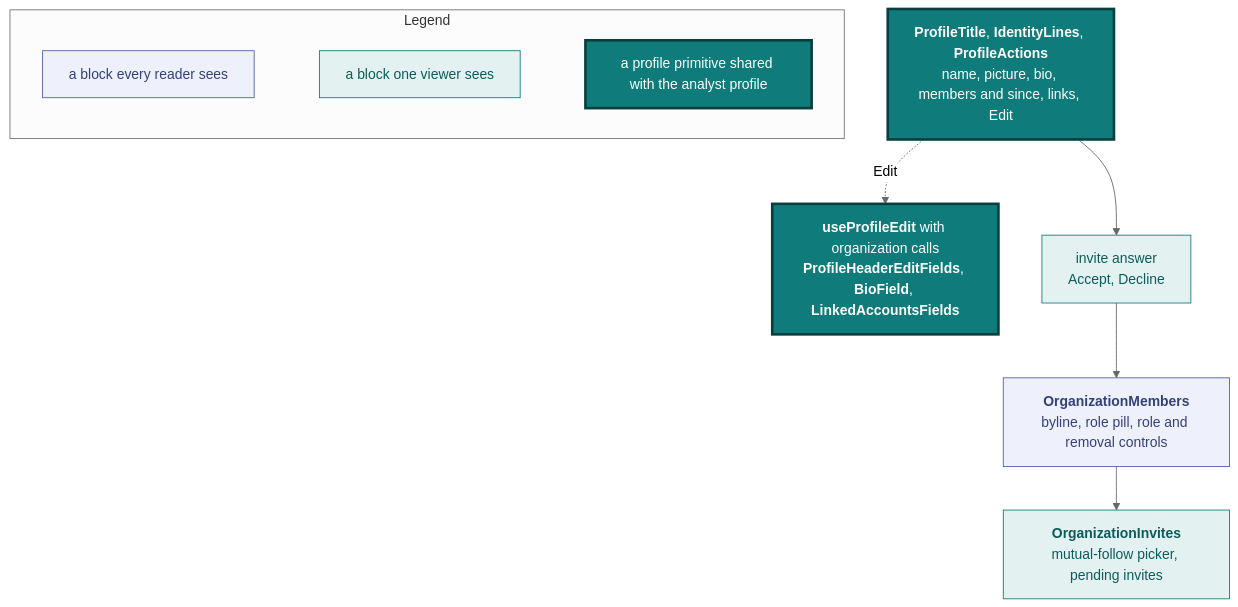
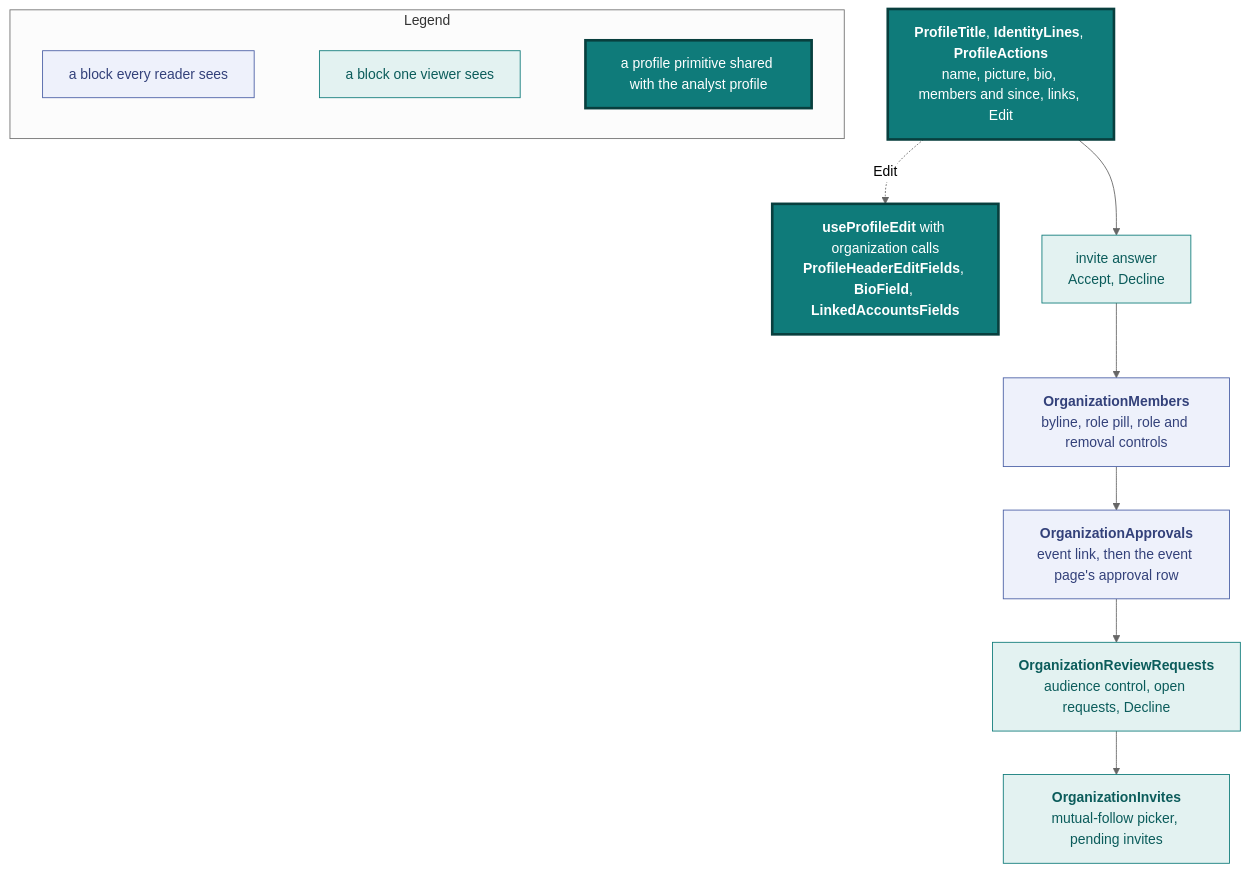
Before and after one commit to vidithq/vidit: the fourth of 6 diagrams in docs/design.md, drawn with Mermaid (neutral theme). The commit also changed other lines of this file and 47 other files, not shown here.

First line of the commit message:
feat: organization approvals and review requests to organizations (#574)

````diff
--- a/docs/design.md
+++ b/docs/design.md
@@ -561,28 +561,32 @@
 ```mermaid
 flowchart TB
   classDef spec fill:#eef1fb,stroke:#4a5fa5,color:#33417a
   classDef shared fill:#e3f2f1,stroke:#0f7b7a,color:#0b5c5b
   classDef core fill:#0f7b7a,stroke:#083f3e,stroke-width:3px,color:#ffffff
 
   subgraph legend [Legend]
     direction LR
     l1["`a block every reader sees`"]:::spec
     l2["`a block one viewer sees`"]:::shared
     l3["`a profile primitive shared with the analyst profile`"]:::core
     l1 ~~~ l2 ~~~ l3
   end
 
   header["`**ProfileTitle**, **IdentityLines**, **ProfileActions**
   name, picture, bio, members and since, links, Edit`"]:::core
   edit["`**useProfileEdit** with organization calls
   **ProfileHeaderEditFields**, **BioField**, **LinkedAccountsFields**`"]:::core
   answer["`invite answer
   Accept, Decline`"]:::shared
   members["`**OrganizationMembers**
   byline, role pill, role and removal controls`"]:::spec
+  approvals["`**OrganizationApprovals**
+  event link, then the event page's approval row`"]:::spec
+  requests["`**OrganizationReviewRequests**
+  audience control, open requests, Decline`"]:::shared
   invites["`**OrganizationInvites**
   mutual-follow picker, pending invites`"]:::shared
 
-  header --> answer --> members --> invites
+  header --> answer --> members --> approvals --> requests --> invites
   header -.->|Edit| edit
 ```
````
